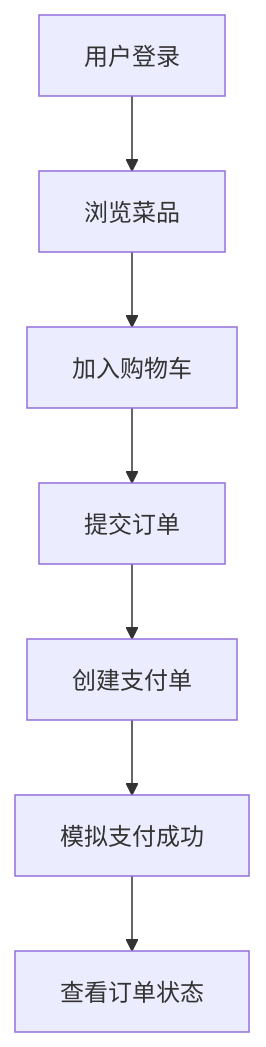
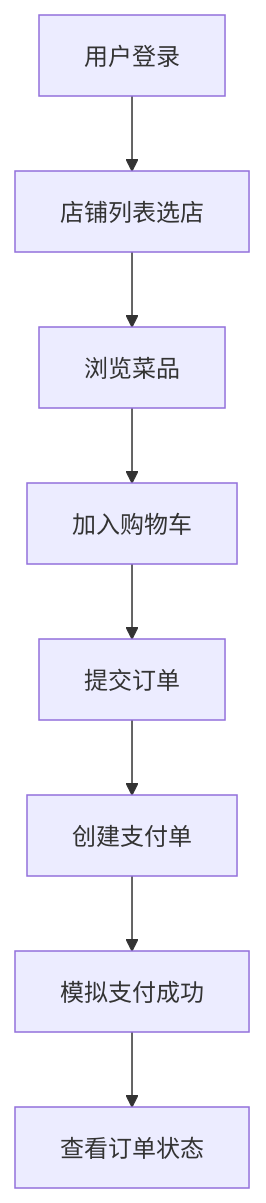
Before and after one commit to yuluo-eng/FoodieCloud: the tenth of 11 diagrams in thesis/first draft.md, drawn with Mermaid. The commit also changed other lines of this file and 6 other files, not shown here.

````diff
--- a/thesis/first draft.md
+++ b/thesis/first draft.md
@@ -519,9 +523,10 @@
 ```mermaid
 flowchart TD
-  A[用户登录] --> B[浏览菜品]
-  B --> C[加入购物车]
-  C --> D[提交订单]
-  D --> E[创建支付单]
-  E --> F[模拟支付成功]
-  F --> G[查看订单状态]
+  A[用户登录] --> B[店铺列表选店]
+  B --> C[浏览菜品]
+  C --> D[加入购物车]
+  D --> E[提交订单]
+  E --> F[创建支付单]
+  F --> G[模拟支付成功]
+  G --> H[查看订单状态]
 ```
````
